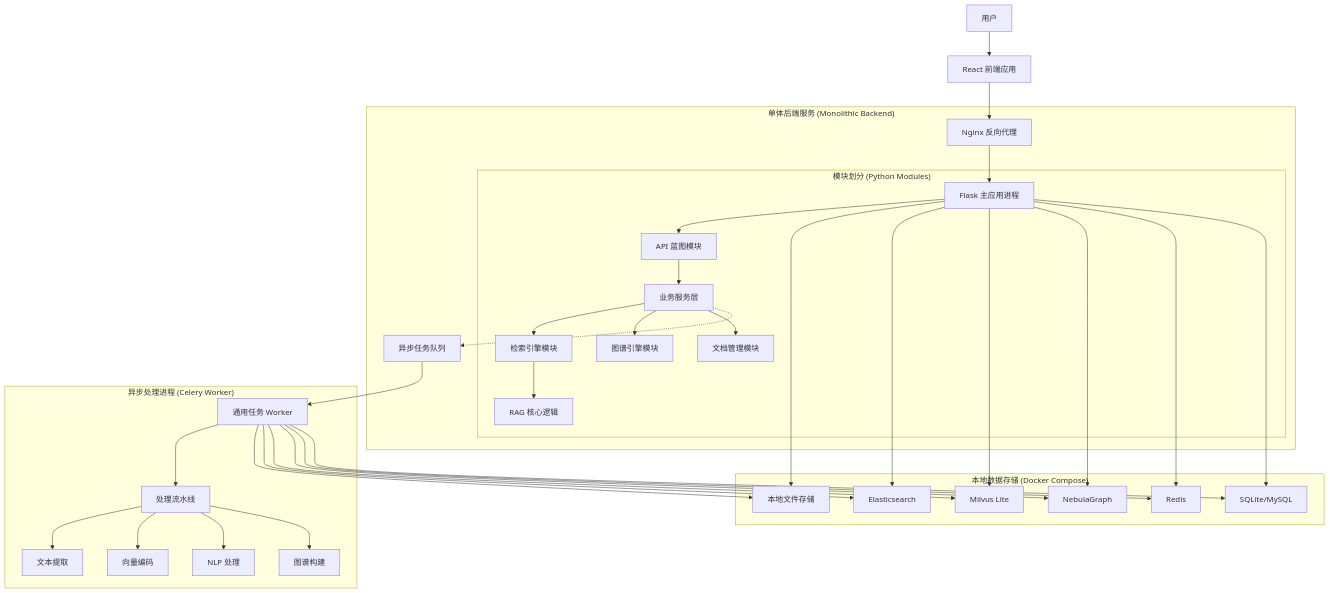
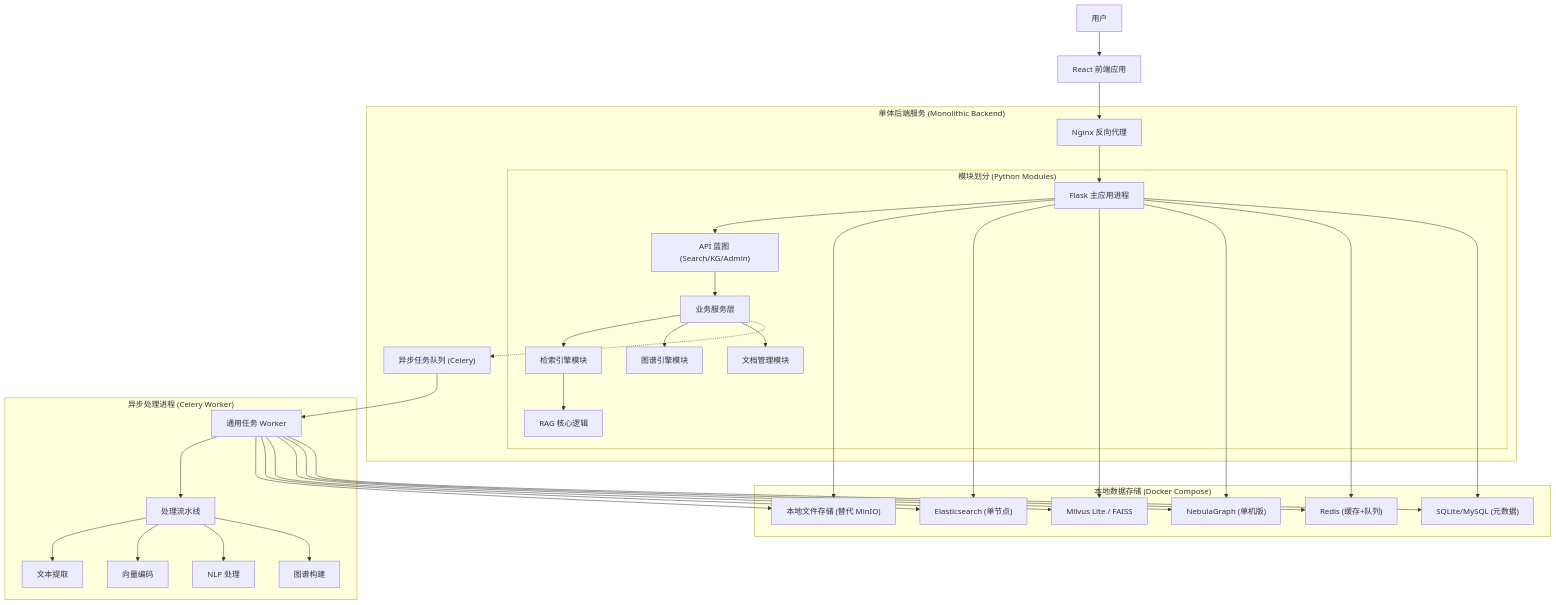
Before and after one commit to aime4eve/lite-webviewer: the diagram in .trae/documents/知识图谱全文检索单体服务改造方案.md, drawn with Mermaid. The commit also changed other lines of this file, not shown here.

````diff
--- a/.trae/documents/知识图谱全文检索单体服务改造方案.md
+++ b/.trae/documents/知识图谱全文检索单体服务改造方案.md
@@ -31,42 +31,42 @@
 ```mermaid
 graph TD
     User[用户] --> WebUI[React 前端应用]
     WebUI --> Nginx[Nginx 反向代理]
     
     subgraph "单体后端服务 (Monolithic Backend)"
         Nginx --> FlaskApp[Flask 主应用进程]
         
         subgraph "模块划分 (Python Modules)"
-            FlaskApp --> APIBlueprint[API 蓝图模块]
+            FlaskApp --> APIBlueprint["API 蓝图 (Search/KG/Admin)"]
             APIBlueprint --> ServiceLayer[业务服务层]
             
             ServiceLayer --> SearchEngine[检索引擎模块]
             ServiceLayer --> KGEngine[图谱引擎模块]
             ServiceLayer --> DocManager[文档管理模块]
             
             SearchEngine --> RAGCore[RAG 核心逻辑]
         end
         
-        ServiceLayer -.-> AsyncTasks[异步任务队列]
+        ServiceLayer -.-> AsyncTasks["异步任务队列 (Celery)"]
     end
     
     subgraph "异步处理进程 (Celery Worker)"
         AsyncTasks --> TaskWorker[通用任务 Worker]
         TaskWorker --> Pipeline[处理流水线]
         
         Pipeline --> P_Extract[文本提取]
         Pipeline --> P_Vector[向量编码]
         Pipeline --> P_NLP[NLP 处理]
         Pipeline --> P_Graph[图谱构建]
     end
     
     subgraph "本地数据存储 (Docker Compose)"
-        FlaskApp & TaskWorker --> LocalFS[本地文件存储]
-        FlaskApp & TaskWorker --> ES_Single[Elasticsearch]
-        FlaskApp & TaskWorker --> Milvus_Lite[Milvus Lite]
-        FlaskApp & TaskWorker --> Nebula_Single[NebulaGraph]
-        FlaskApp & TaskWorker --> Redis[Redis]
-        FlaskApp & TaskWorker --> SQLite[SQLite/MySQL]
+        FlaskApp & TaskWorker --> LocalFS["本地文件存储 (替代 MinIO)"]
+        FlaskApp & TaskWorker --> ES_Single["Elasticsearch (单节点)"]
+        FlaskApp & TaskWorker --> Milvus_Lite["Milvus Lite / FAISS"]
+        FlaskApp & TaskWorker --> Nebula_Single["NebulaGraph (单机版)"]
+        FlaskApp & TaskWorker --> Redis["Redis (缓存+队列)"]
+        FlaskApp & TaskWorker --> SQLite["SQLite/MySQL (元数据)"]
     end
 
 ```
````
